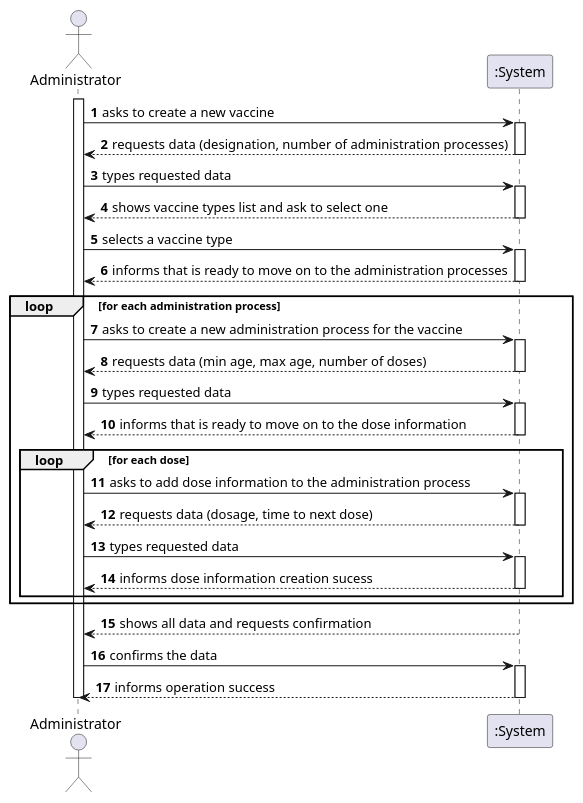
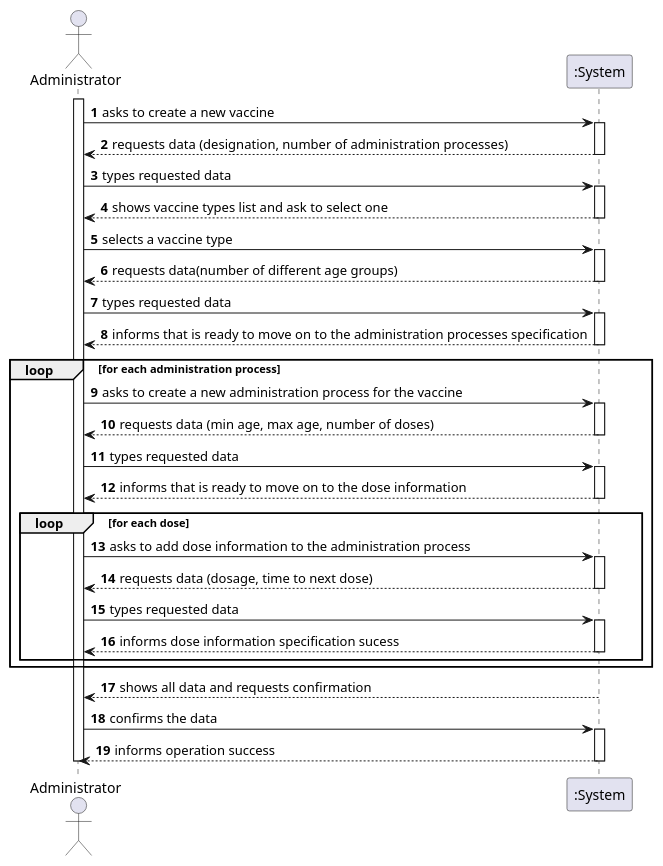
The diagram in docs/SprintB/US13/SSD/US13_SSD.puml (miseEnPlace-i/lapr2), drawn with PlantUML before and after one commit. The commit also changed 1 other file, not shown here.

```diff
--- a/docs/SprintB/US13/SSD/US13_SSD.puml
+++ b/docs/SprintB/US13/SSD/US13_SSD.puml
@@ -1,54 +1,59 @@
 @startuml
 autonumber
 actor "Administrator" as OE
 
 activate OE
 OE -> ":System" : asks to create a new vaccine
 activate ":System"
 ":System" --> OE : requests data (designation, number of administration processes)
 deactivate ":System"
 
 OE -> ":System" : types requested data
 activate ":System"
 ":System" --> OE : shows vaccine types list and ask to select one
 deactivate ":System"
 
 OE -> ":System" : selects a vaccine type
 activate ":System"
-":System" --> OE : informs that is ready to move on to the administration processes
+":System" --> OE : requests data(number of different age groups)
+deactivate ":System"
+
+OE -> ":System" : types requested data
+activate ":System"
+":System" --> OE : informs that is ready to move on to the administration processes specification
 deactivate ":System"
 
 
 loop for each administration process
     OE -> ":System" : asks to create a new administration process for the vaccine
     activate ":System"
     ":System" --> OE : requests data (min age, max age, number of doses)
     deactivate ":System"
     OE -> ":System" : types requested data
     activate ":System"
     ":System" --> OE : informs that is ready to move on to the dose information
     deactivate ":System"
     
     loop for each dose
         OE -> ":System" : asks to add dose information to the administration process
         activate ":System"
         ":System" --> OE : requests data (dosage, time to next dose)
         deactivate ":System"
         OE -> ":System" : types requested data
         activate ":System"
-        ":System" --> OE : informs dose information creation sucess
+        ":System" --> OE : informs dose information specification sucess
         deactivate ":System"
     end
 
 end
 
 ":System" --> OE : shows all data and requests confirmation
 deactivate ":System"
 OE -> ":System" : confirms the data
 activate ":System"
 ":System" --> OE : informs operation success
 deactivate ":System"
 
 deactivate OE
 
 @enduml
```
